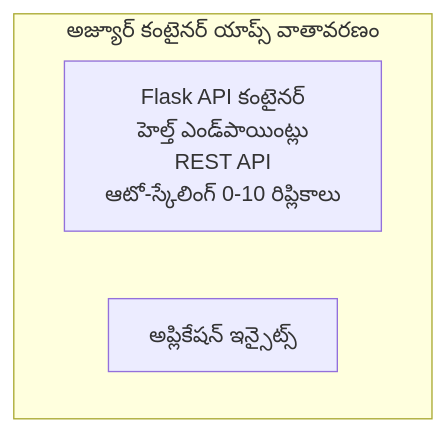
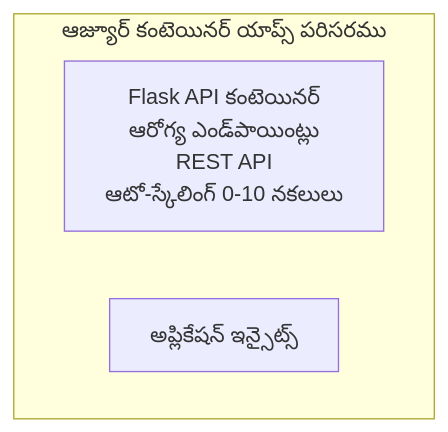
One commit to microsoft/AZD-for-beginners changed the diagram in translations/te/examples/container-app/simple-flask-api/README.md. Above: the diagram before and after it, drawn with Mermaid. The commit also changed other lines of this file and 104 other files, not shown here.

````diff
--- a/translations/te/examples/container-app/simple-flask-api/README.md
+++ b/translations/te/examples/container-app/simple-flask-api/README.md
@@ -26,7 +26,7 @@
 ```mermaid
 graph TD
-    subgraph ACA[అజ్యూర్ కంటైనర్ యాప్స్ వాతావరణం]
-        Flask[Flask API కంటైనర్<br/>హెల్త్ ఎండ్‌పాయింట్లు<br/>REST API<br/>ఆటో-స్కేలింగ్ 0-10 రిప్లికాలు]
+    subgraph ACA[ఆజ్యూర్ కంటెయినర్ యాప్స్ పరిసరము]
+        Flask[Flask API కంటెయినర్<br/>ఆరోగ్య ఎండ్‌పాయింట్లు<br/>REST API<br/>ఆటో-స్కేలింగ్ 0-10 నకలులు]
         AppInsights[అప్లికేషన్ ఇన్సైట్స్]
     end
 ```
````
